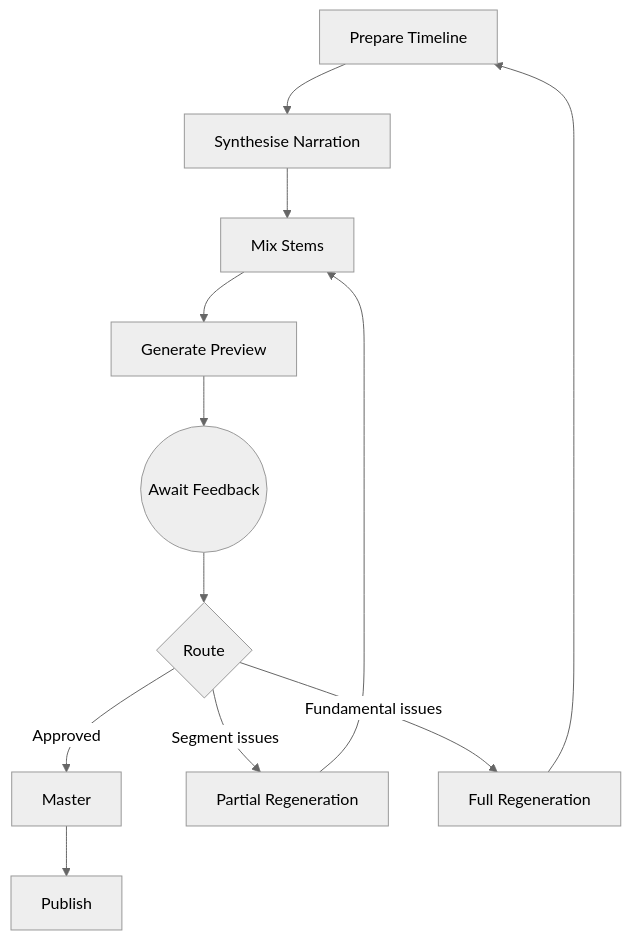
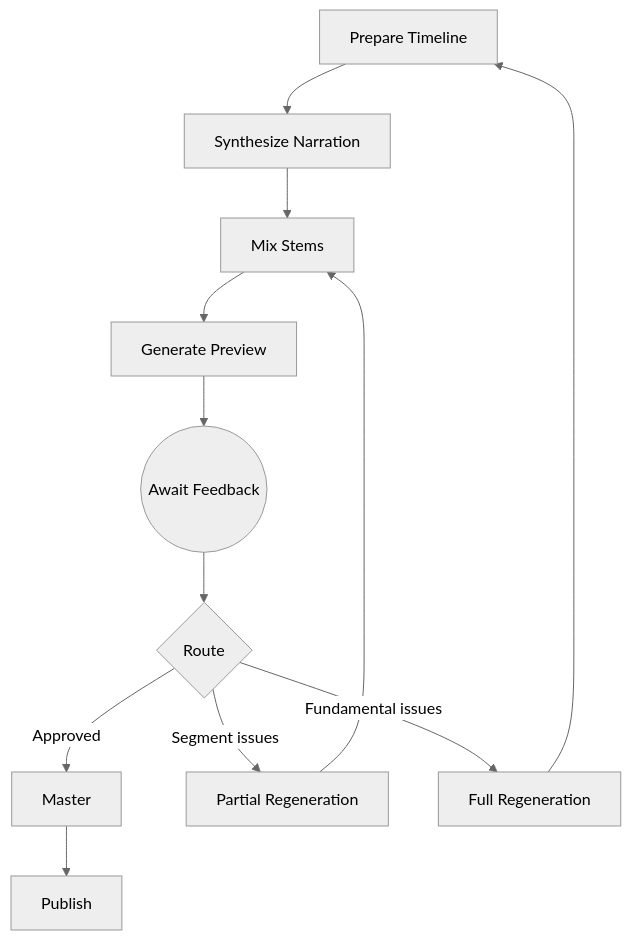
The fourth of 10 diagrams in docs/episodic-podcast-generation-system-design.md (leynos/episodic), drawn with Mermaid (neutral theme) before and after one commit. The commit also changed other lines of this file and 20 other files, not shown here.

````diff
--- a/docs/episodic-podcast-generation-system-design.md
+++ b/docs/episodic-podcast-generation-system-design.md
@@ -494,14 +494,14 @@
 ```mermaid
 flowchart TD
-    A[Prepare Timeline] --> B[Synthesise Narration]
+    A[Prepare Timeline] --> B[Synthesize Narration]
     B --> C[Mix Stems]
     C --> D[Generate Preview]
     D --> E((Await Feedback))
     E --> F{Route}
     F -->|Approved| G[Master]
     F -->|Segment issues| H[Partial Regeneration]
     F -->|Fundamental issues| I[Full Regeneration]
     H --> C
     I --> A
     G --> J[Publish]
 ```
````
